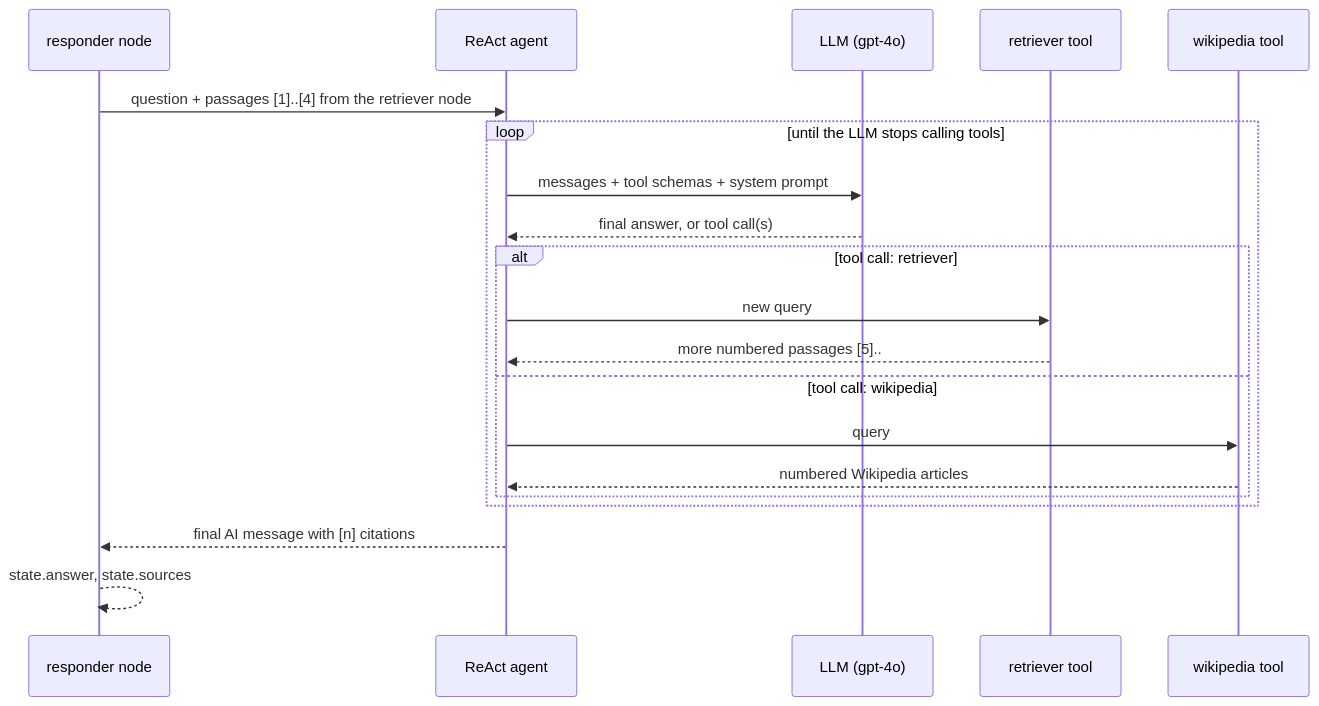
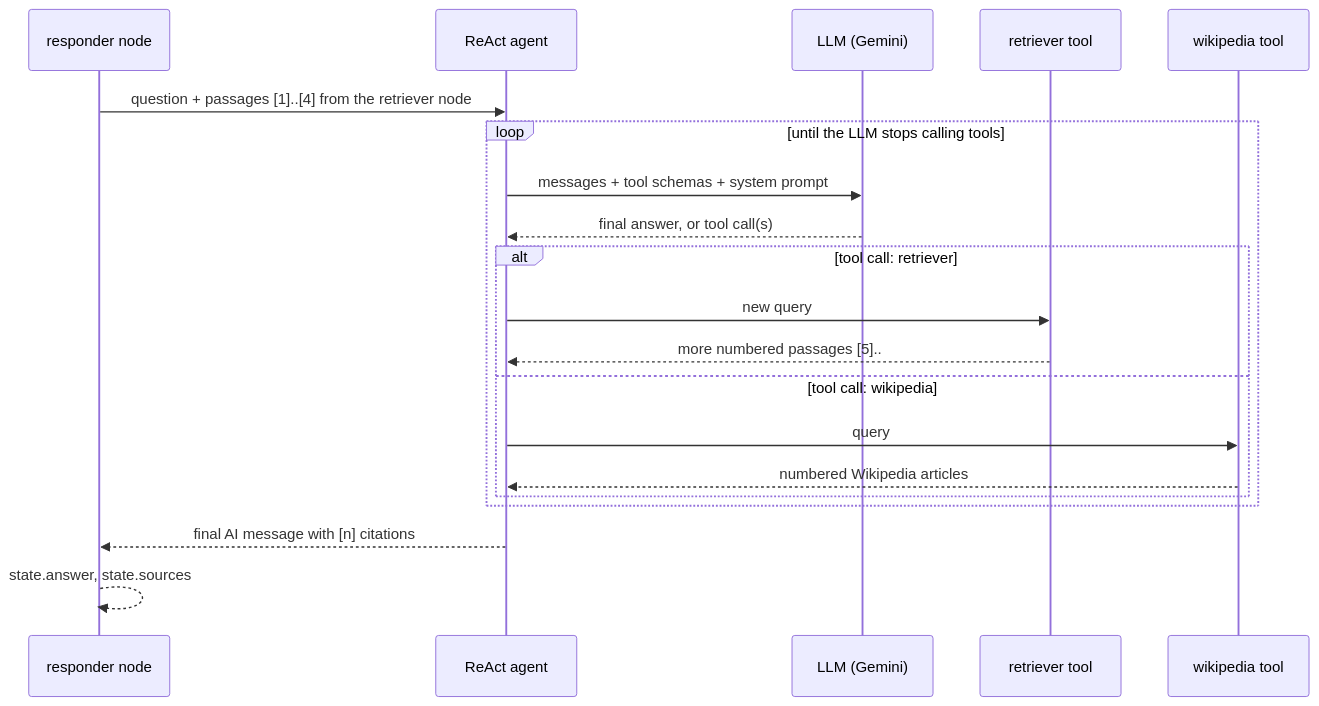
One commit to AdithyaHrudai/rag1 changed the fifth of 5 diagrams in README.md. Above: the diagram before and after it, drawn with Mermaid. The commit also changed other lines of this file and 3 other files, not shown here.

````diff
--- a/README.md
+++ b/README.md
@@ -189,23 +207,23 @@
 ```mermaid
 sequenceDiagram
     participant N as responder node
     participant Ag as ReAct agent
-    participant M as LLM (gpt-4o)
+    participant M as LLM (Gemini)
     participant R as retriever tool
     participant W as wikipedia tool
 
     N->>Ag: question + passages [1]..[4] from the retriever node
     loop until the LLM stops calling tools
         Ag->>M: messages + tool schemas + system prompt
         M-->>Ag: final answer, or tool call(s)
         alt tool call: retriever
             Ag->>R: new query
             R-->>Ag: more numbered passages [5]..
         else tool call: wikipedia
             Ag->>W: query
             W-->>Ag: numbered Wikipedia articles
         end
     end
     Ag-->>N: final AI message with [n] citations
     N-->>N: state.answer, state.sources
 ```
````
